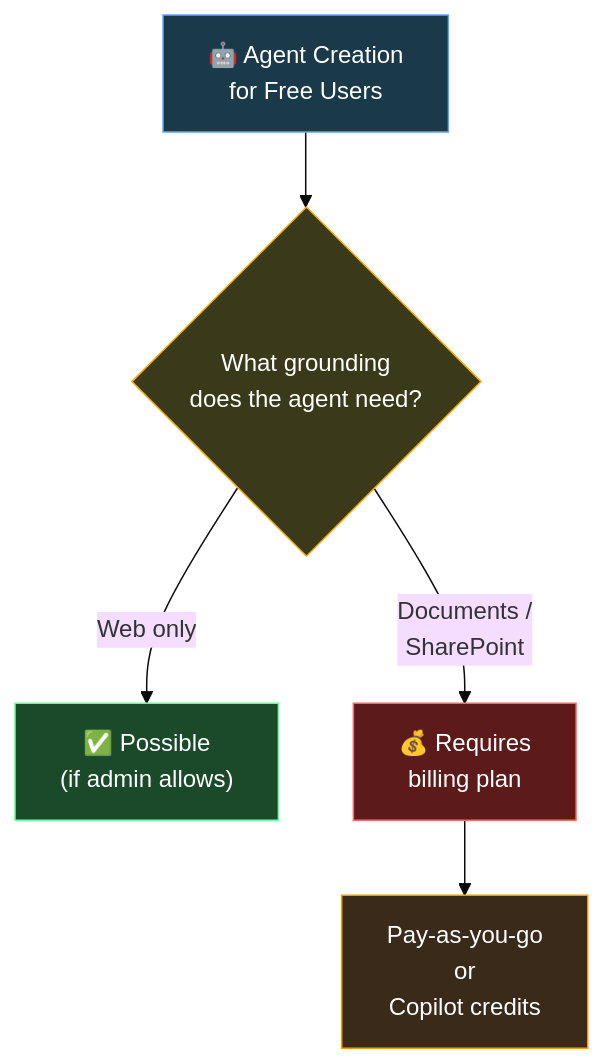
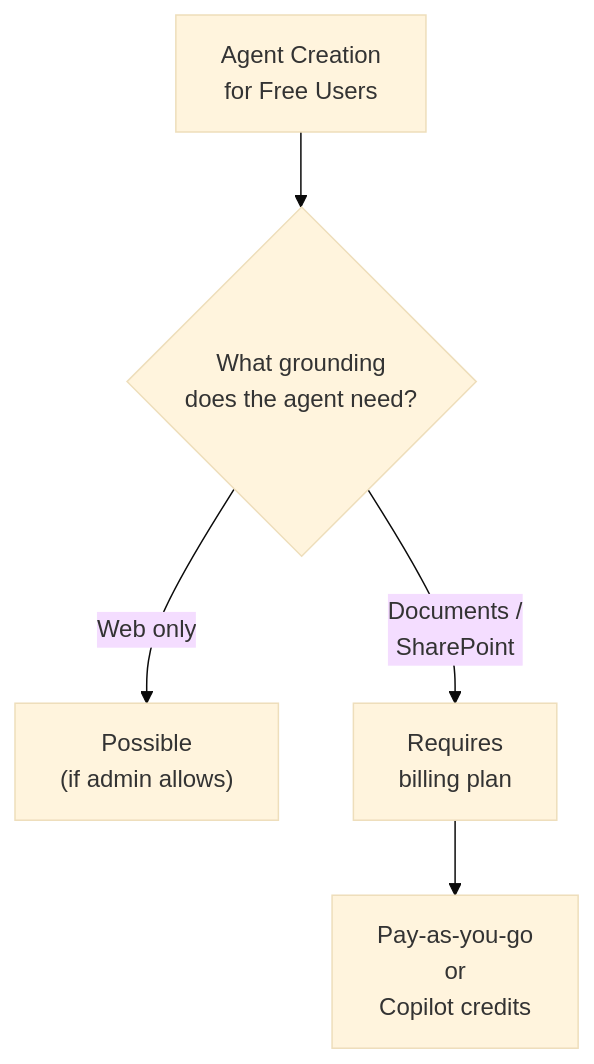
The sixth of 6 diagrams in content/blog/microsoft-365-copilot-chat-complete-guide-for-trainers.md (susanthgit/aguidetocloud-revamp), drawn with Mermaid (base theme) before and after one commit. The commit also changed other lines of this file and 553 other files, not shown here.

First line of the commit message:
🌸 Z17: Zen Mermaid diagrams — Stripe Docs style

````diff
--- a/content/blog/microsoft-365-copilot-chat-complete-guide-for-trainers.md
+++ b/content/blog/microsoft-365-copilot-chat-complete-guide-for-trainers.md
@@ -616,12 +579,7 @@
 ```mermaid
 flowchart TD
-    A["🤖 Agent Creation<br/>for Free Users"] --> B{"What grounding<br/>does the agent need?"}
-    B -->|"Web only"| C["✅ Possible<br/>(if admin allows)"]
-    B -->|"Documents /<br/>SharePoint"| D["💰 Requires<br/>billing plan"]
+    A["Agent Creation<br/>for Free Users"] --> B{"What grounding<br/>does the agent need?"}
+    B -->|"Web only"| C["Possible<br/>(if admin allows)"]
+    B -->|"Documents /<br/>SharePoint"| D["Requires<br/>billing plan"]
     D --> E["Pay-as-you-go<br/>or<br/>Copilot credits"]
-    style A fill:#1a3a4a,stroke:#60A5FA,color:#ffffff
-    style B fill:#3a3a1a,stroke:#ffaa00,color:#ffffff
-    style C fill:#1a4a2a,stroke:#66ff99,color:#ffffff
-    style D fill:#5c1a1a,stroke:#ff6666,color:#ffffff
-    style E fill:#3a2a1a,stroke:#ff9900,color:#ffffff
 ```
````
